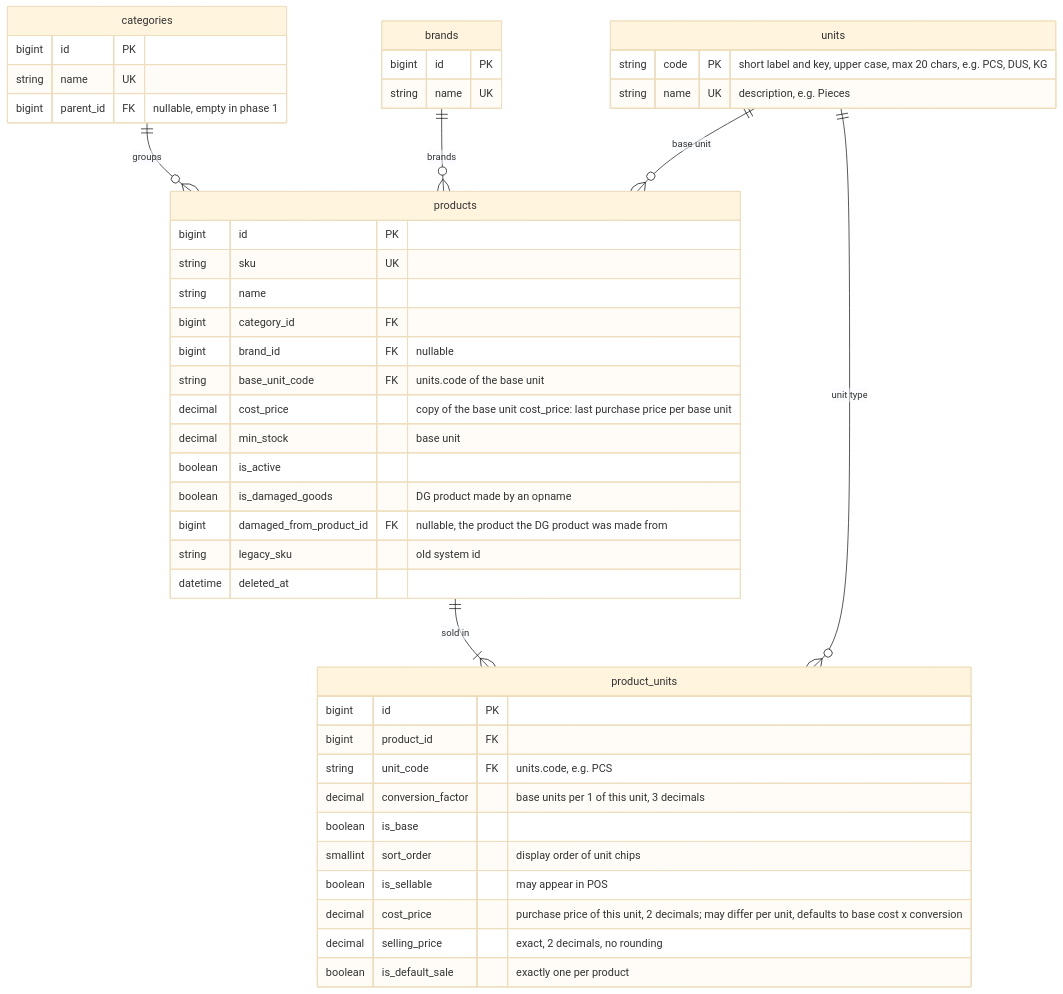
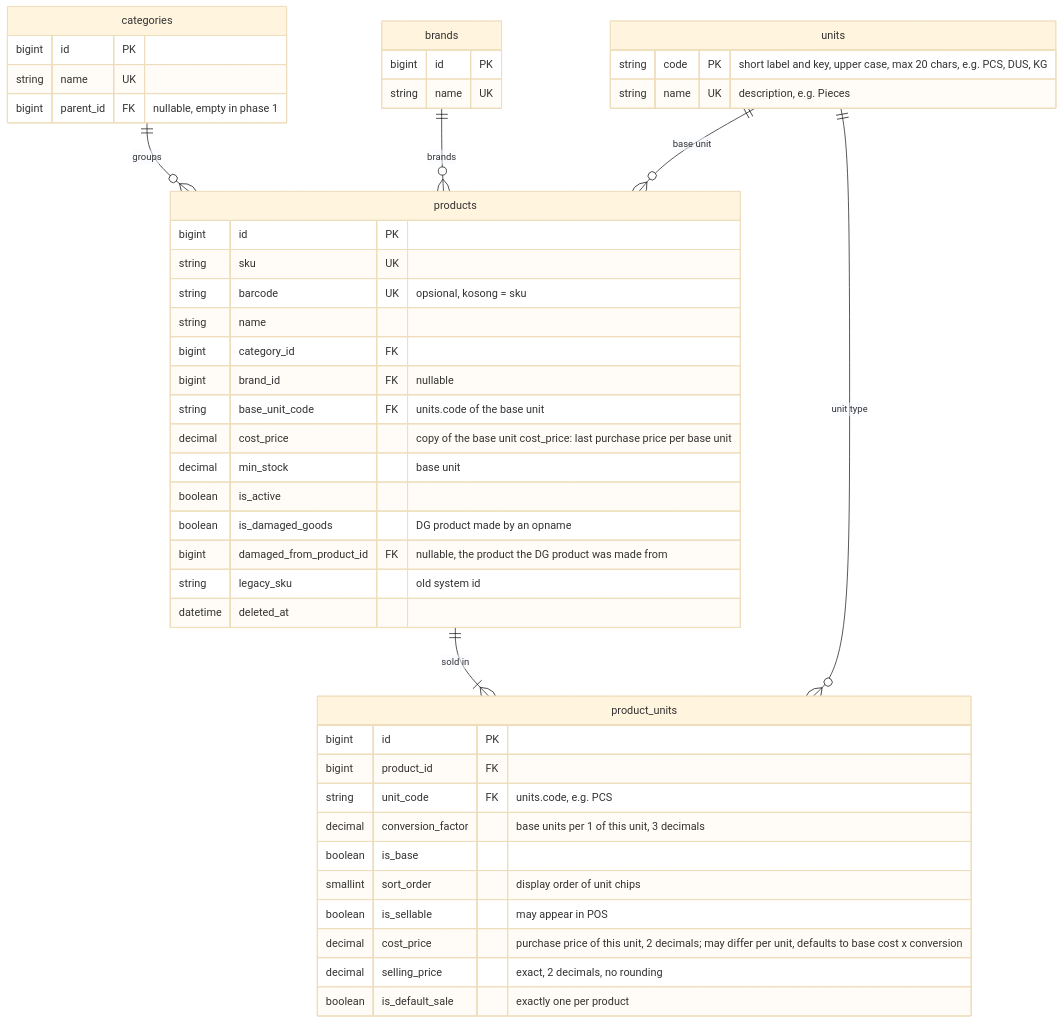
Diagram 20 of 30 in docs/analisis-sistem.md (aliefpraditya/store-management), drawn with Mermaid (base theme) before and after one commit. The commit also changed other lines of this file and 16 other files, not shown here.

First line of the commit message:
Fill the SKU automatically and add the packaging barcode to items

````diff
--- a/docs/analisis-sistem.md
+++ b/docs/analisis-sistem.md
@@ -991,49 +991,50 @@
 ```mermaid
 erDiagram
     categories ||--o{ products : "groups"
     brands ||--o{ products : "brands"
     units ||--o{ products : "base unit"
     products ||--|{ product_units : "sold in"
     units ||--o{ product_units : "unit type"
 
     products {
         bigint id PK
         string sku UK
+        string barcode UK "opsional, kosong = sku"
         string name
         bigint category_id FK
         bigint brand_id FK "nullable"
         string base_unit_code FK "units.code of the base unit"
         decimal cost_price "copy of the base unit cost_price: last purchase price per base unit"
         decimal min_stock "base unit"
         boolean is_active
         boolean is_damaged_goods "DG product made by an opname"
         bigint damaged_from_product_id FK "nullable, the product the DG product was made from"
         string legacy_sku "old system id"
         datetime deleted_at
     }
     product_units {
         bigint id PK
         bigint product_id FK
         string unit_code FK "units.code, e.g. PCS"
         decimal conversion_factor "base units per 1 of this unit, 3 decimals"
         boolean is_base
         smallint sort_order "display order of unit chips"
         boolean is_sellable "may appear in POS"
         decimal cost_price "purchase price of this unit, 2 decimals; may differ per unit, defaults to base cost x conversion"
         decimal selling_price "exact, 2 decimals, no rounding"
         boolean is_default_sale "exactly one per product"
     }
     categories {
         bigint id PK
         string name UK
         bigint parent_id FK "nullable, empty in phase 1"
     }
     brands {
         bigint id PK
         string name UK
     }
     units {
         string code PK "short label and key, upper case, max 20 chars, e.g. PCS, DUS, KG"
         string name UK "description, e.g. Pieces"
     }
 ```
````
